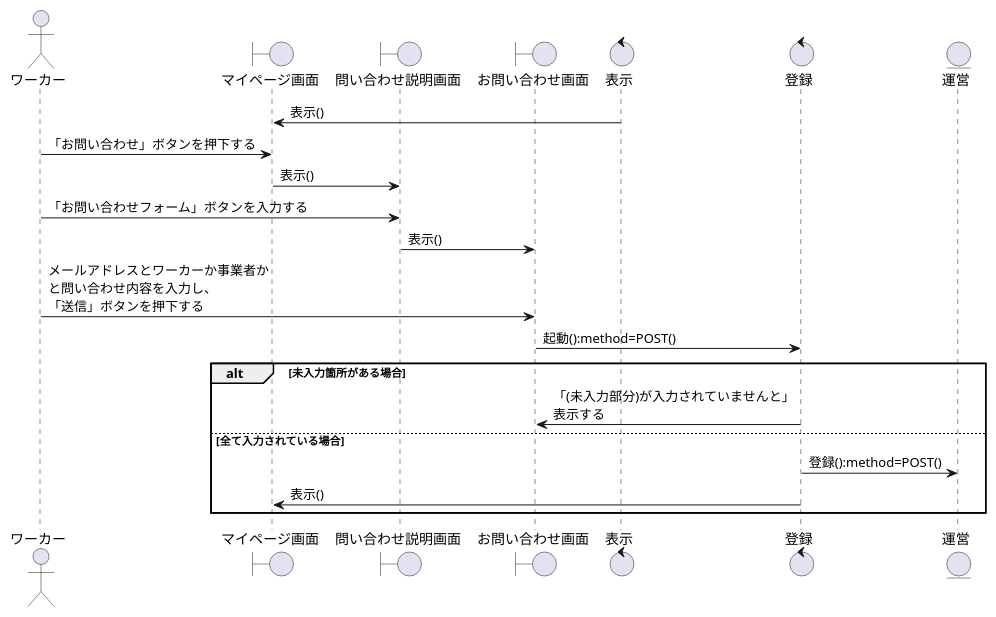
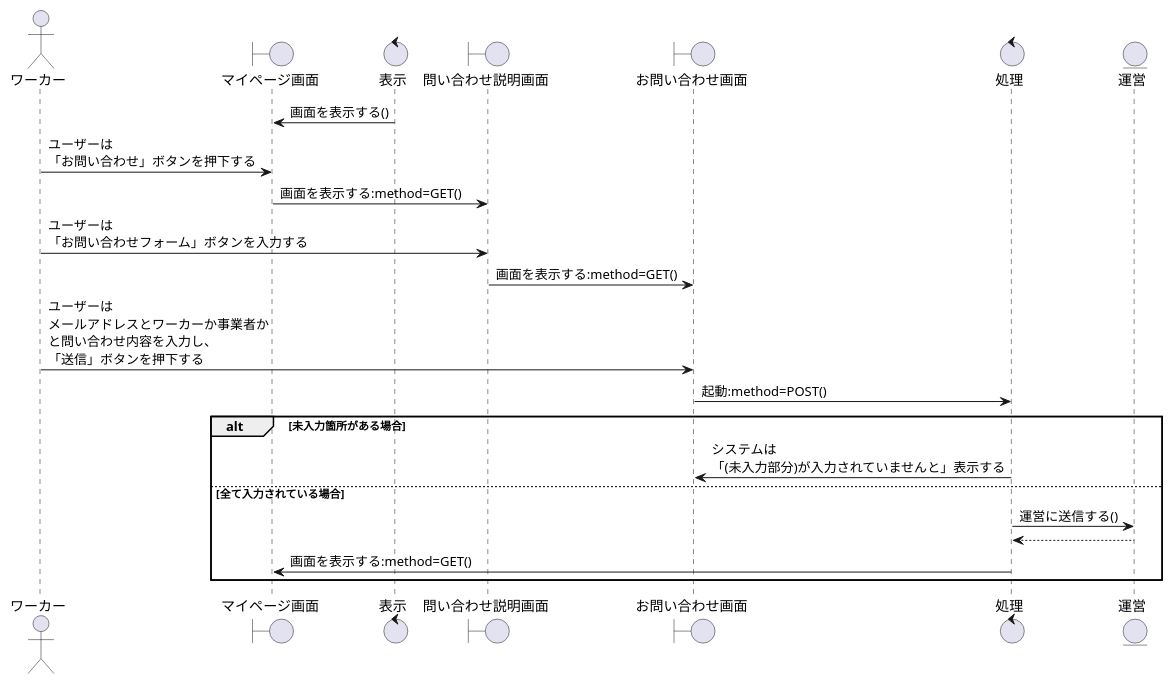
The diagram in sequence_fig/7_acconts_fn/13_お問い合わせをする.pu (irukacb256/high_Me), drawn with PlantUML before and after one commit. The commit also changed 9 other files, not shown here.

```diff
--- a/sequence_fig/7_acconts_fn/13_お問い合わせをする.pu
+++ b/sequence_fig/7_acconts_fn/13_お問い合わせをする.pu
@@ -1,31 +1,32 @@
 @startuml お問い合わせをする
 
 actor ワーカー as wo1
 
 boundary マイページ画面 as bo1
+control 表示 as co1
 boundary 問い合わせ説明画面 as bo2
 boundary お問い合わせ画面 as bo3
 
-control 表示 as co1
-control 登録 as co2
+control 処理 as co2
 
 entity 運営 as en1
 
-co1 -> bo1:表示()
-wo1 -> bo1:「お問い合わせ」ボタンを押下する
-bo1 -> bo2:表示()
-wo1 -> bo2:「お問い合わせフォーム」ボタンを入力する
-bo2 -> bo3:表示()
+co1 -> bo1:画面を表示する()
+wo1 -> bo1:ユーザーは\n「お問い合わせ」ボタンを押下する
+bo1 -> bo2:画面を表示する:method=GET()
+wo1 -> bo2:ユーザーは\n「お問い合わせフォーム」ボタンを入力する
+bo2 -> bo3:画面を表示する:method=GET()
 
-wo1 -> bo3:メールアドレスとワーカーか事業者か\nと問い合わせ内容を入力し、\n「送信」ボタンを押下する
-bo3 -> co2:起動():method=POST()
+wo1 -> bo3:ユーザーは\nメールアドレスとワーカーか事業者か\nと問い合わせ内容を入力し、\n「送信」ボタンを押下する
+bo3 -> co2:起動:method=POST()
 alt 未入力箇所がある場合
-    co2 -> bo3:「(未入力部分)が入力されていませんと」\n表示する
+    co2 -> bo3:システムは\n「(未入力部分)が入力されていませんと」表示する
 
 else 全て入力されている場合
-    co2 -> en1:登録():method=POST()
-    co2 -> bo1:表示()
+    co2 -> en1:運営に送信する()
+    co2 <-- en1
+    co2 -> bo1:画面を表示する:method=GET()
 
 end
 
 @enduml
```
